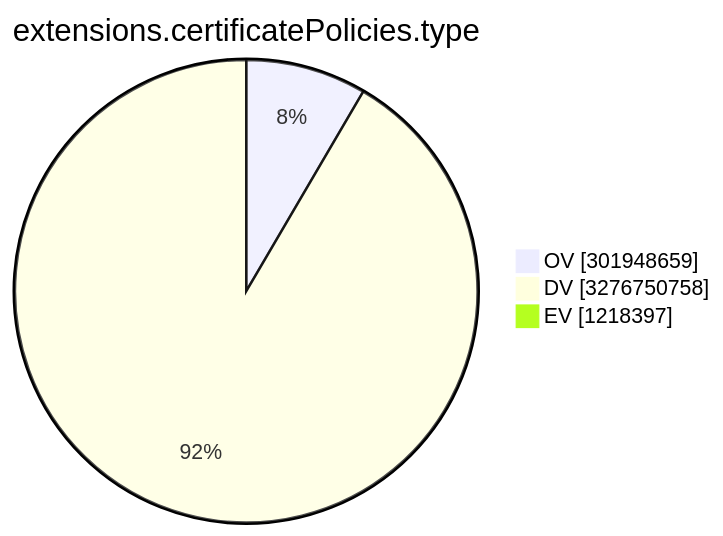
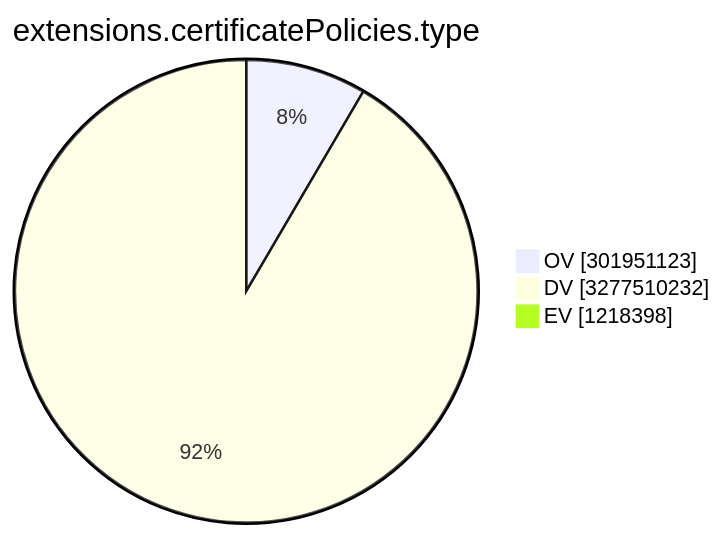
The ninth of 15 diagrams in TOTAL/README.md (christiankrug/ctmonitor_visualization), drawn with Mermaid before and after one commit. The commit also changed other lines of this file, not shown here.

````diff
--- a/TOTAL/README.md
+++ b/TOTAL/README.md
@@ -3107,7 +3107,7 @@
 ```mermaid
 pie showData
 title extensions.certificatePolicies.type
-"OV" :301948659
-"DV" :3276750758
-"EV" :1218397
+"OV" :301951123
+"DV" :3277510232
+"EV" :1218398
 ```
````
